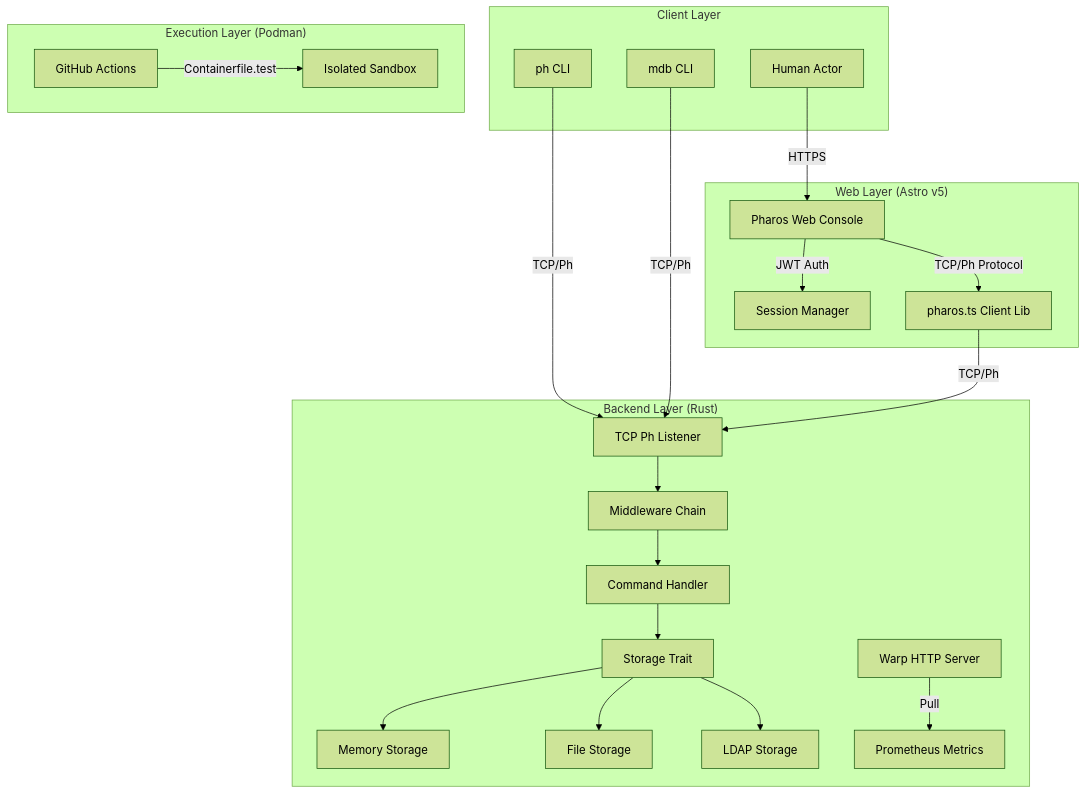
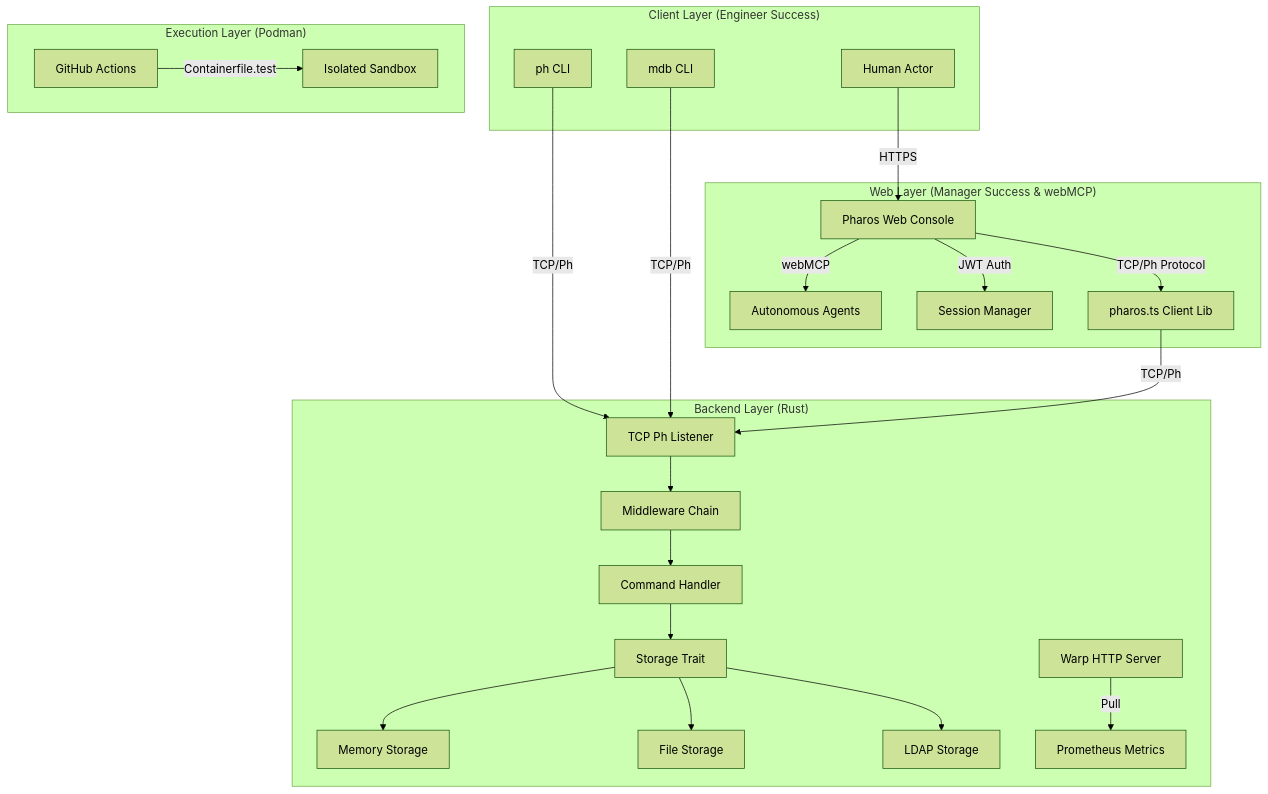
Before and after one commit to iamrichardD/pharos: the first of 4 diagrams in docs/ARCHITECTURE.md, drawn with Mermaid (forest theme). The commit also changed other lines of this file and 4 other files, not shown here.

````diff
--- a/docs/ARCHITECTURE.md
+++ b/docs/ARCHITECTURE.md
@@ -8,34 +10,35 @@
 ```mermaid
 graph TD
-    subgraph "Client Layer"
+    subgraph "Client Layer (Engineer Success)"
         Human[Human Actor]
         CLI_PH[ph CLI]
         CLI_MDB[mdb CLI]
     end
 
-    subgraph "Web Layer (Astro v5)"
+    subgraph "Web Layer (Manager Success & webMCP)"
         Human -->|HTTPS| WebConsole[Pharos Web Console]
+        WebConsole -->|webMCP| AI_Agents[Autonomous Agents]
         WebConsole -->|JWT Auth| SessionManager[Session Manager]
         WebConsole -->|TCP/Ph Protocol| ClientLib[pharos.ts Client Lib]
     end
 
     subgraph "Backend Layer (Rust)"
         CLI_PH -->|TCP/Ph| ProtoListener[TCP Ph Listener]
         CLI_MDB -->|TCP/Ph| ProtoListener
         ClientLib -->|TCP/Ph| ProtoListener
         
         ProtoListener --> Middleware[Middleware Chain]
         Middleware --> CommandHandler[Command Handler]
         CommandHandler --> StorageTrait[Storage Trait]
         
         StorageTrait --> MemStore[Memory Storage]
         StorageTrait --> FileStore[File Storage]
         StorageTrait --> LDAPStore[LDAP Storage]
         
         Warp[Warp HTTP Server] -->|Pull| Metrics[Prometheus Metrics]
     end
 
     subgraph "Execution Layer (Podman)"
         CI[GitHub Actions] -->|Containerfile.test| Sandbox[Isolated Sandbox]
     end
 ```
````
